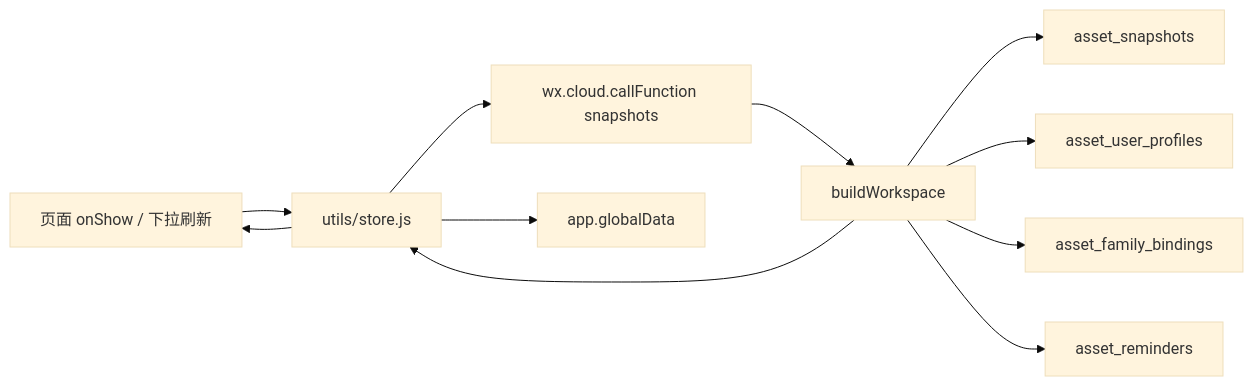
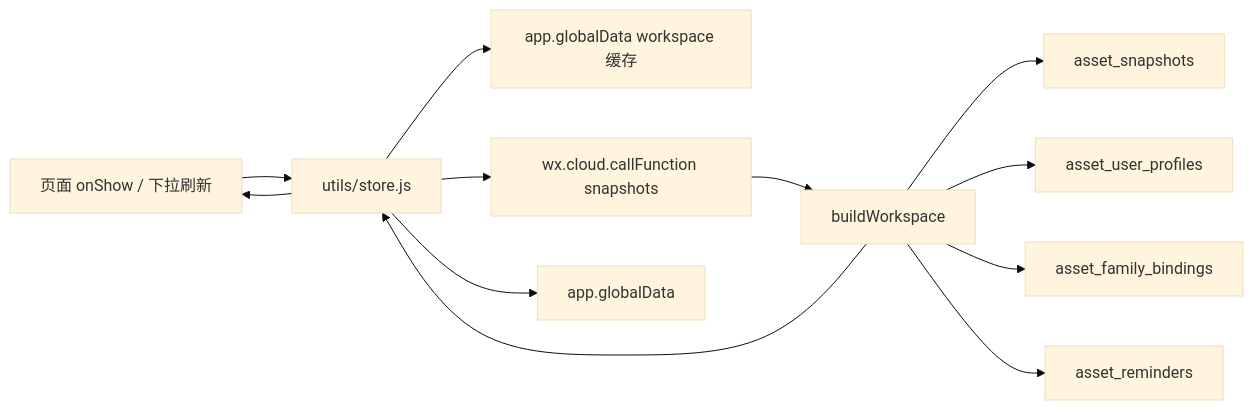
The sixth of 9 diagrams in doc.md (Sillywa/money), drawn with Mermaid (base theme) before and after one commit. The commit also changed other lines of this file and 27 other files, not shown here.

````diff
--- a/doc.md
+++ b/doc.md
@@ -189,13 +190,14 @@
 ```mermaid
 flowchart LR
   Page["页面 onShow / 下拉刷新"] --> Store["utils/store.js"]
+  Store --> Cache["app.globalData workspace 缓存"]
   Store --> Cloud["wx.cloud.callFunction snapshots"]
   Cloud --> Workspace["buildWorkspace"]
   Workspace --> DB1["asset_snapshots"]
   Workspace --> DB2["asset_user_profiles"]
   Workspace --> DB3["asset_family_bindings"]
   Workspace --> DB4["asset_reminders"]
   Workspace --> Store
   Store --> Global["app.globalData"]
   Store --> Page
 ```
````
